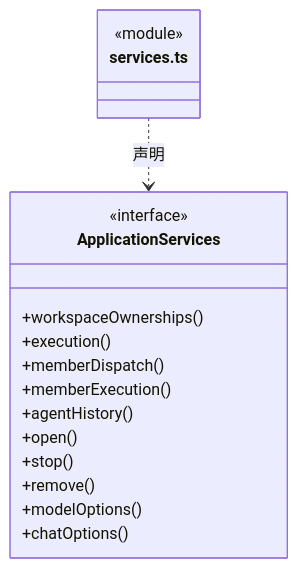
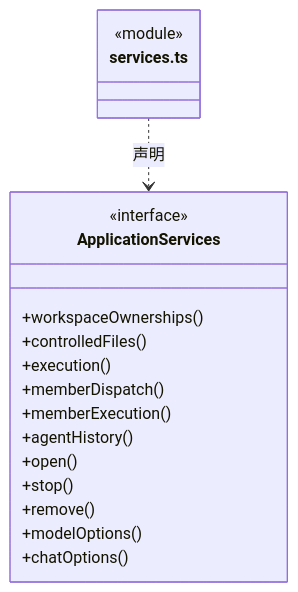
Before and after one commit to nan023062/cbim: the third of 4 diagrams in src/backend/main/ipc/ARCHITECTURE.md, drawn with Mermaid. The commit also changed other lines of this file and 86 other files, not shown here.

````diff
--- a/src/backend/main/ipc/ARCHITECTURE.md
+++ b/src/backend/main/ipc/ARCHITECTURE.md
@@ -63,20 +63,21 @@
 ```mermaid
 classDiagram
 class N_src_backend_main_ipc_services_ts["services.ts"] {
   <<module>>
 }
 class N_src_backend_main_ipc_services_ts_ApplicationServices["ApplicationServices"] {
   <<interface>>
   +workspaceOwnerships()
+  +controlledFiles()
   +execution()
   +memberDispatch()
   +memberExecution()
   +agentHistory()
   +open()
   +stop()
   +remove()
   +modelOptions()
   +chatOptions()
 }
 N_src_backend_main_ipc_services_ts ..> N_src_backend_main_ipc_services_ts_ApplicationServices : 声明
 ```
````
